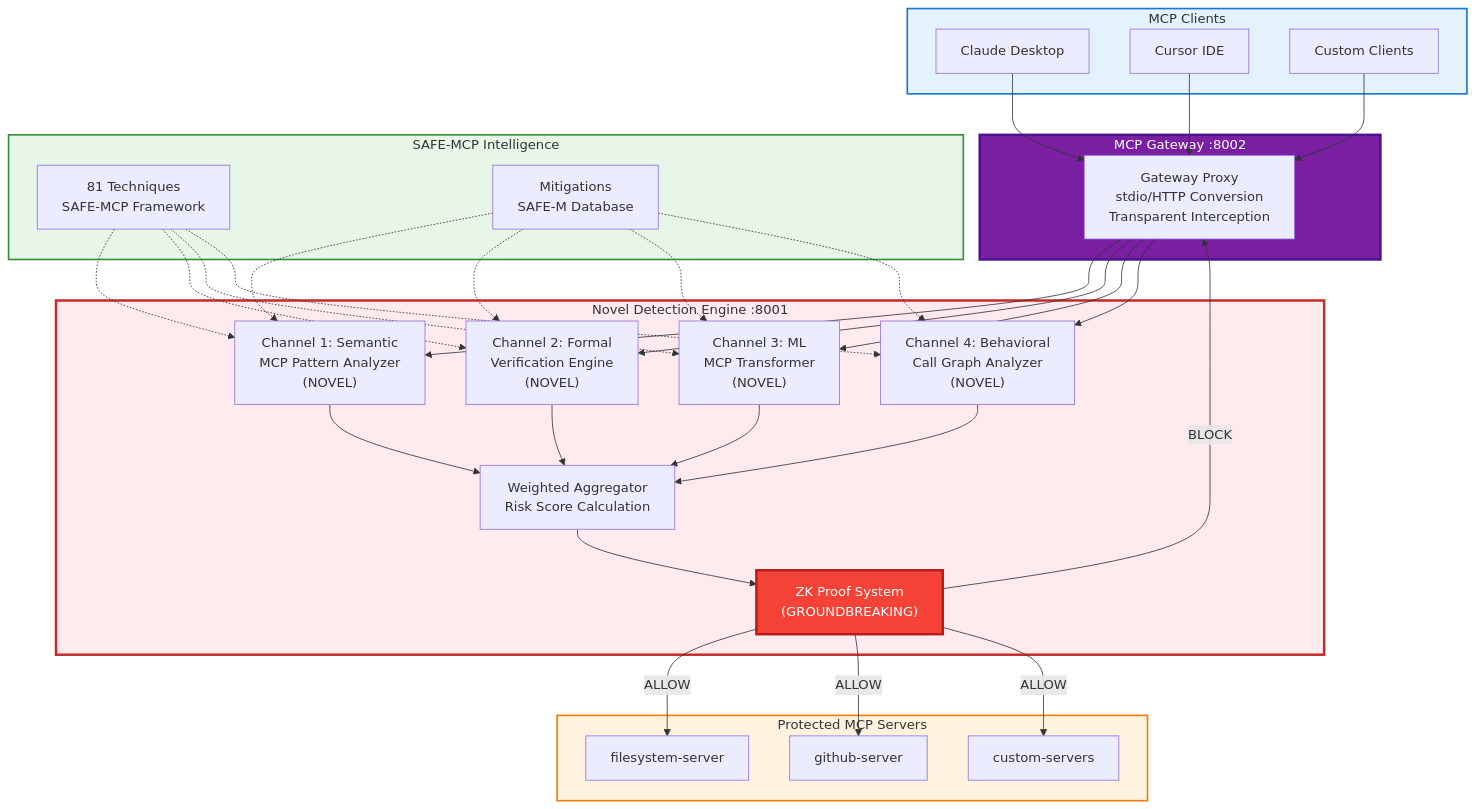
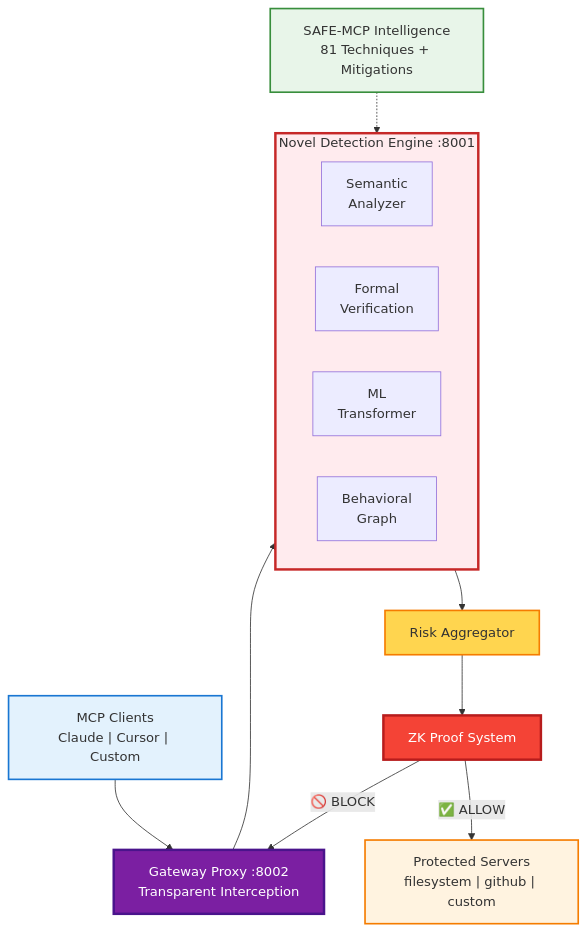
One commit to safe-mcp-platform/safe-mcp-platform changed the first of 4 diagrams in README.md. Above: the diagram before and after it, drawn with Mermaid. The commit also changed other lines of this file, not shown here.

First line of the commit message:
docs: redesign architecture diagrams for clarity

````diff
--- a/README.md
+++ b/README.md
@@ -45,47 +45,37 @@
 ```mermaid
 flowchart TB
-    subgraph CLIENTS["MCP Clients"]
-        C1["Claude Desktop"]
-        C2["Cursor IDE"]
-        C3["Custom Clients"]
+    CLIENTS["MCP Clients<br/>Claude | Cursor | Custom"]
+    
+    GATEWAY["Gateway Proxy :8002<br/>Transparent Interception"]
+    
+    subgraph ENGINE["Novel Detection Engine :8001"]
+        direction LR
+        CH1["Semantic<br/>Analyzer"]
+        CH2["Formal<br/>Verification"]
+        CH3["ML<br/>Transformer"]
+        CH4["Behavioral<br/>Graph"]
     end
     
-    subgraph GATEWAY["MCP Gateway :8002"]
-        GW["Gateway Proxy<br/>stdio/HTTP Conversion<br/>Transparent Interception"]
-    end
+    AGG["Risk Aggregator"]
+    ZK["ZK Proof System"]
     
-    subgraph DETECTION["Novel Detection Engine :8001"]
-        CH1["Channel 1: Semantic<br/>MCP Pattern Analyzer<br/>(NOVEL)"]
-        CH2["Channel 2: Formal<br/>Verification Engine<br/>(NOVEL)"]
-        CH3["Channel 3: ML<br/>MCP Transformer<br/>(NOVEL)"]
-        CH4["Channel 4: Behavioral<br/>Call Graph Analyzer<br/>(NOVEL)"]
-        AGG["Weighted Aggregator<br/>Risk Score Calculation"]
-        ZK["ZK Proof System<br/>(GROUNDBREAKING)"]
-    end
+    INTEL["SAFE-MCP Intelligence<br/>81 Techniques + Mitigations"]
     
-    subgraph DATA["SAFE-MCP Intelligence"]
-        SAFE["81 Techniques<br/>SAFE-MCP Framework"]
-        MIT["Mitigations<br/>SAFE-M Database"]
-    end
+    SERVERS["Protected Servers<br/>filesystem | github | custom"]
     
-    subgraph SERVERS["Protected MCP Servers"]
-        S1["filesystem-server"]
-        S2["github-server"]
-        S3["custom-servers"]
-    end
-    
-    C1 & C2 & C3 --> GW
-    GW --> CH1 & CH2 & CH3 & CH4
-    CH1 & CH2 & CH3 & CH4 --> AGG
+    CLIENTS --> GATEWAY
+    GATEWAY --> ENGINE
+    ENGINE --> AGG
     AGG --> ZK
-    SAFE & MIT -.-> CH1 & CH2 & CH3 & CH4
-    ZK -->|ALLOW| S1 & S2 & S3
-    ZK -->|BLOCK| GW
+    INTEL -.-> ENGINE
+    ZK -->|"✅ ALLOW"| SERVERS
+    ZK -->|"🚫 BLOCK"| GATEWAY
     
     style CLIENTS fill:#e3f2fd,stroke:#1976d2,stroke-width:2px
     style GATEWAY fill:#7b1fa2,color:#fff,stroke:#4a148c,stroke-width:3px
-    style DETECTION fill:#ffebee,stroke:#c62828,stroke-width:3px
-    style DATA fill:#e8f5e9,stroke:#388e3c,stroke-width:2px
+    style ENGINE fill:#ffebee,stroke:#c62828,stroke-width:3px
+    style AGG fill:#ffd54f,stroke:#f57c00,stroke-width:2px
+    style ZK fill:#f44336,color:#fff,stroke:#b71c1c,stroke-width:3px
+    style INTEL fill:#e8f5e9,stroke:#388e3c,stroke-width:2px
     style SERVERS fill:#fff3e0,stroke:#f57c00,stroke-width:2px
-    style ZK fill:#f44336,color:#fff,stroke:#b71c1c,stroke-width:3px
 ```
````
